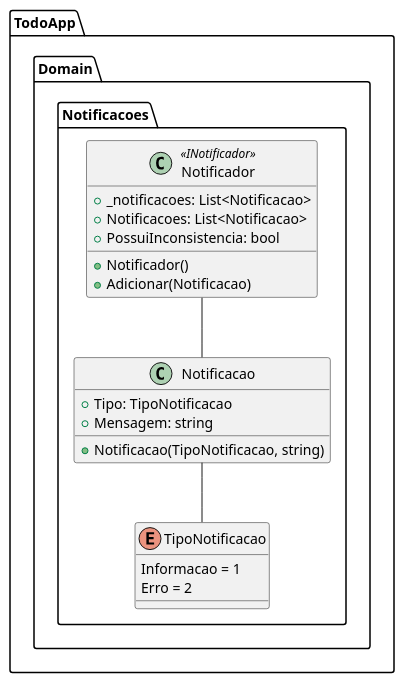
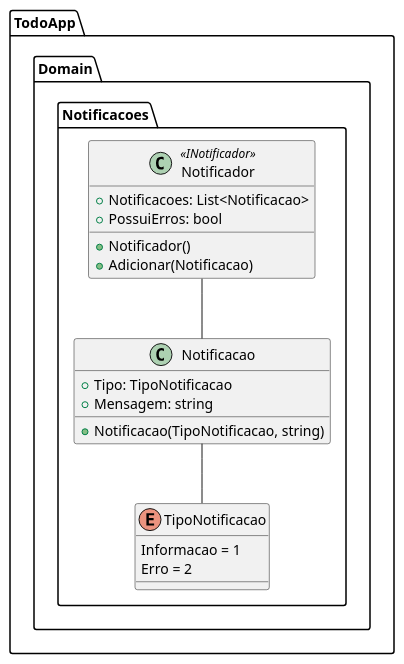
The diagram in umls/domain/todo-uml-domain.Notificacoes.iuml (abjesus/TodoApp), drawn with PlantUML before and after one commit. The commit also changed 14 other files, not shown here.

```diff
--- a/umls/domain/todo-uml-domain.Notificacoes.iuml
+++ b/umls/domain/todo-uml-domain.Notificacoes.iuml
@@ -1,29 +1,28 @@
 @startuml TodoApp
 
 namespace TodoApp.Domain.Notificacoes {
     class Notificacao {
         +Tipo: TipoNotificacao
         +Mensagem: string
 
         +Notificacao(TipoNotificacao, string)
     }
 
     class Notificador <<INotificador>> {
-        +_notificacoes: List<Notificacao>
         +Notificacoes: List<Notificacao>
-        +PossuiInconsistencia: bool
+        +PossuiErros: bool
 
         +Notificador()
         +Adicionar(Notificacao)
     }
 
     enum TipoNotificacao {
         Informacao = 1
         Erro = 2
     }
 
     Notificador -- Notificacao
     Notificacao -- TipoNotificacao
 }
 
 @enduml
```
